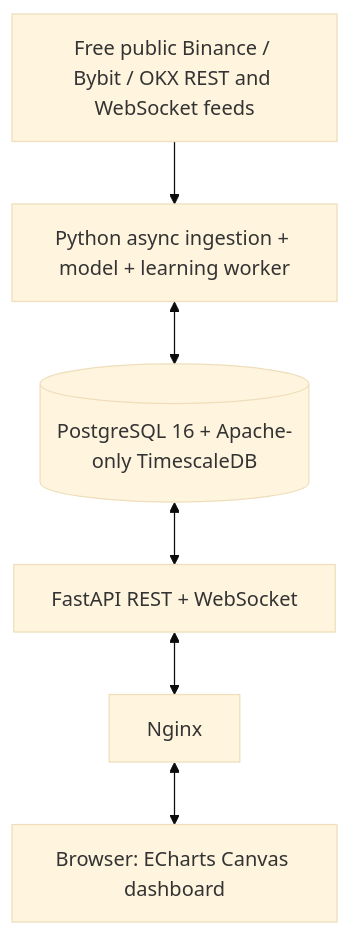
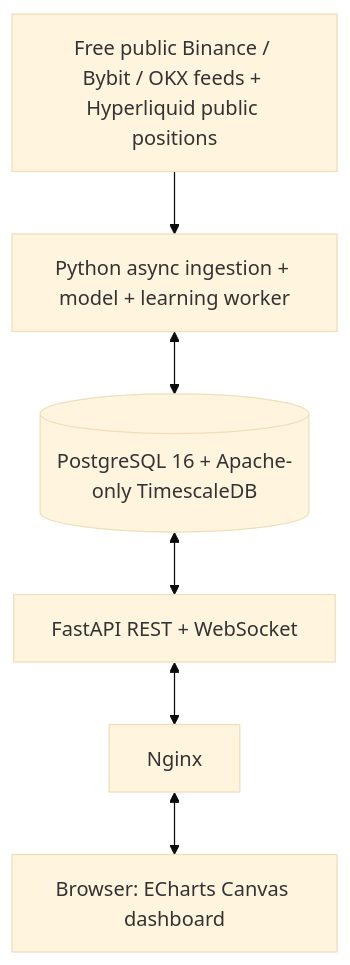
Before and after one commit to adlererik/LiquidHeat: the diagram in ARCHITECTURE.md, drawn with Mermaid (base theme). The commit also changed other lines of this file and 27 other files, not shown here.

Commit message:
Add sampled Hyperliquid positions and live large-fill discovery

````diff
--- a/ARCHITECTURE.md
+++ b/ARCHITECTURE.md
@@ -5,8 +5,8 @@
 ```mermaid
 flowchart TB
-    EX[Free public Binance / Bybit / OKX REST and WebSocket feeds] --> EN[Python async ingestion + model + learning worker]
+    EX[Free public Binance / Bybit / OKX feeds + Hyperliquid public positions] --> EN[Python async ingestion + model + learning worker]
     EN <--> DB[(PostgreSQL 16 + Apache-only TimescaleDB)]
     DB <--> API[FastAPI REST + WebSocket]
     API <--> NG[Nginx]
     NG <--> UI[Browser: ECharts Canvas dashboard]
 ```
````
